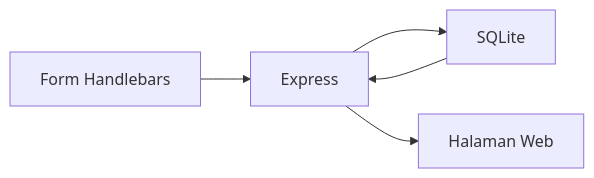
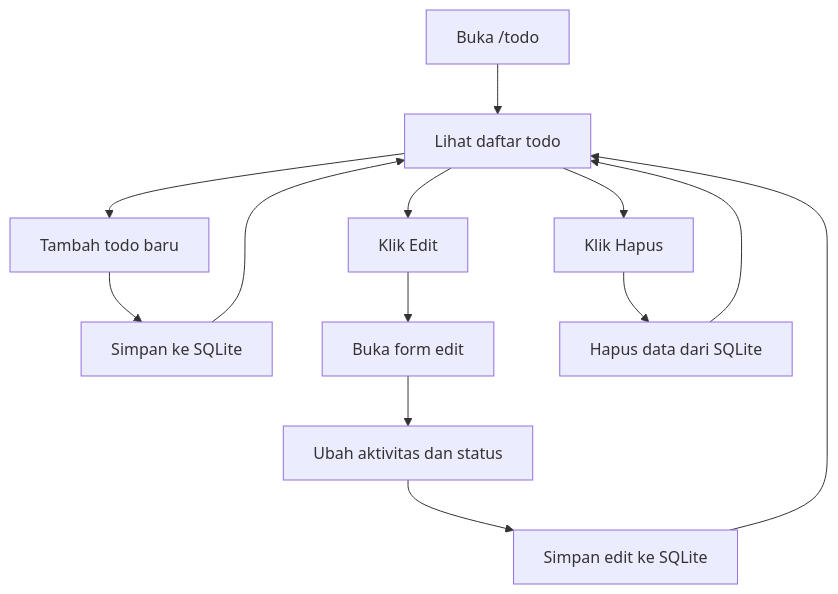
Before and after one commit to edycoleee/node-berita: the diagram in 06-todo-sqlite.md, drawn with Mermaid. The commit also changed other lines of this file and 24 other files, not shown here.

````diff
--- a/06-todo-sqlite.md
+++ b/06-todo-sqlite.md
@@ -41,7 +92,17 @@
 ```mermaid
-flowchart LR
-		A[Form Handlebars] --> B[Express]
-		B --> C[SQLite]
-		C --> B
-		B --> D[Halaman Web]
+flowchart TD
+	A[Buka /todo] --> B[Lihat daftar todo]
+	B --> C[Tambah todo baru]
+	C --> D[Simpan ke SQLite]
+	D --> B
+
+	B --> E[Klik Edit]
+	E --> F[Buka form edit]
+	F --> G[Ubah aktivitas dan status]
+	G --> H[Simpan edit ke SQLite]
+	H --> B
+
+	B --> I[Klik Hapus]
+	I --> J[Hapus data dari SQLite]
+	J --> B
 ```
````
